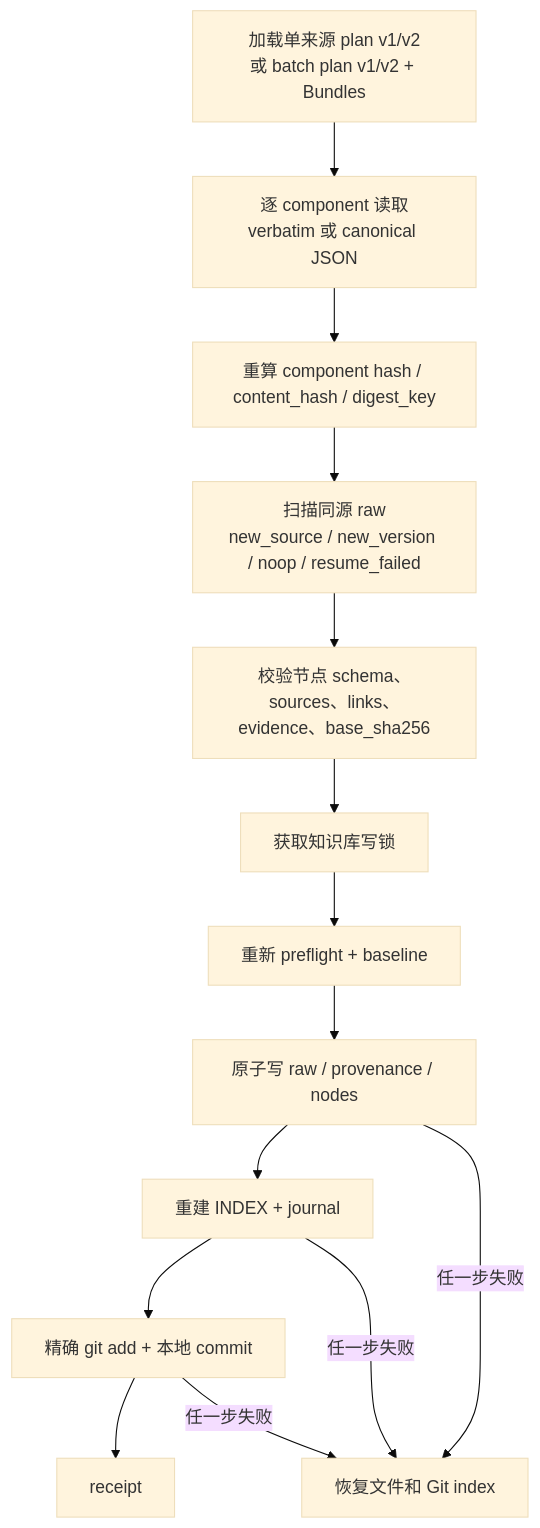
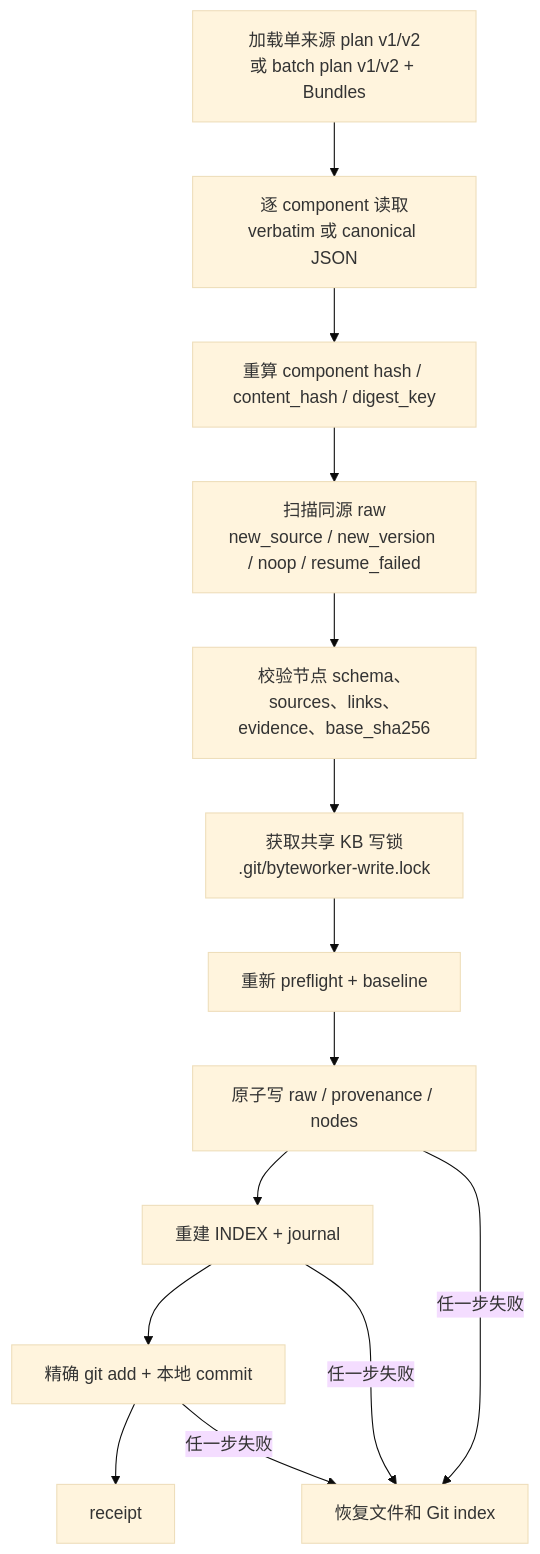
Diagram 15 of 19 in ARCHITECTURE.md (ranjiao/byteworker), drawn with Mermaid (base theme) before and after one commit. The commit also changed other lines of this file and 3 other files, not shown here.

Commit message:
docs: synchronize architecture and remediation status

````diff
--- a/ARCHITECTURE.md
+++ b/ARCHITECTURE.md
@@ -718,20 +765,20 @@
 ```mermaid
 flowchart TD
     LOAD["加载单来源 plan v1/v2<br/>或 batch plan v1/v2 + Bundles"]
     PAY["逐 component 读取<br/>verbatim 或 canonical JSON"]
     HASH["重算 component hash / content_hash / digest_key"]
     PREF["扫描同源 raw<br/>new_source / new_version / noop / resume_failed"]
     VAL["校验节点 schema、sources、links、evidence、base_sha256"]
-    LOCK["获取知识库写锁"]
+    LOCK["获取共享 KB 写锁<br/>.git/byteworker-write.lock"]
     RECHECK["重新 preflight + baseline"]
     WRITE["原子写 raw / provenance / nodes"]
     DERIVE["重建 INDEX + journal"]
     GIT["精确 git add + 本地 commit"]
     REC["receipt"]
     ROLLBACK["恢复文件和 Git index"]
 
     LOAD --> PAY --> HASH --> PREF --> VAL --> LOCK --> RECHECK --> WRITE --> DERIVE --> GIT --> REC
     WRITE -->|"任一步失败"| ROLLBACK
     DERIVE -->|"任一步失败"| ROLLBACK
     GIT -->|"任一步失败"| ROLLBACK
 ```
````
